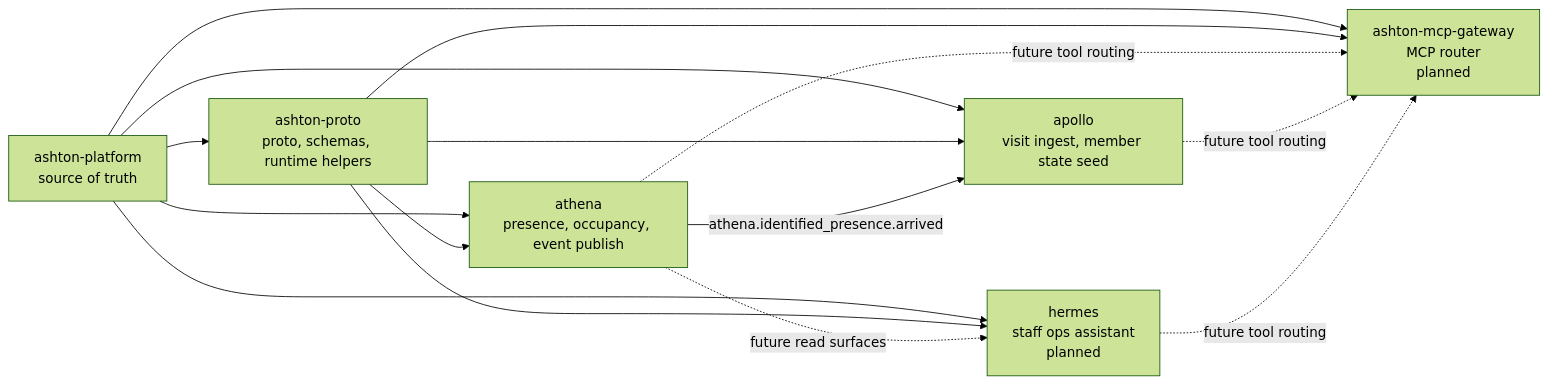
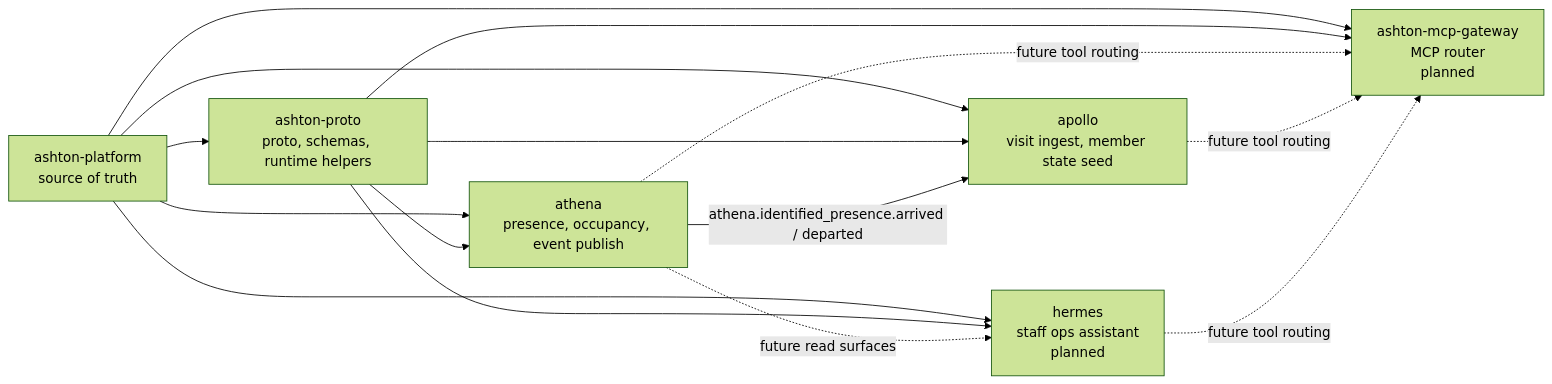
Before and after one commit to ixxet/ashton-platform: the second of 2 diagrams in README.md, drawn with Mermaid (forest theme). The commit also changed other lines of this file and 7 other files, not shown here.

````diff
--- a/README.md
+++ b/README.md
@@ -61,26 +61,26 @@
 ```mermaid
 flowchart LR
   platform["ashton-platform<br/>source of truth"]
   proto["ashton-proto<br/>proto, schemas, runtime helpers"]
   athena["athena<br/>presence, occupancy, event publish"]
   apollo["apollo<br/>visit ingest, member state seed"]
   hermes["hermes<br/>staff ops assistant<br/>planned"]
   gateway["ashton-mcp-gateway<br/>MCP router<br/>planned"]
 
   platform --> proto
   platform --> athena
   platform --> apollo
   platform --> hermes
   platform --> gateway
 
   proto --> athena
   proto --> apollo
   proto --> hermes
   proto --> gateway
 
-  athena -- "athena.identified_presence.arrived" --> apollo
+  athena -- "athena.identified_presence.arrived / departed" --> apollo
   athena -. "future read surfaces" .-> hermes
   athena -. "future tool routing" .-> gateway
   apollo -. "future tool routing" .-> gateway
   hermes -. "future tool routing" .-> gateway
 ```
````
